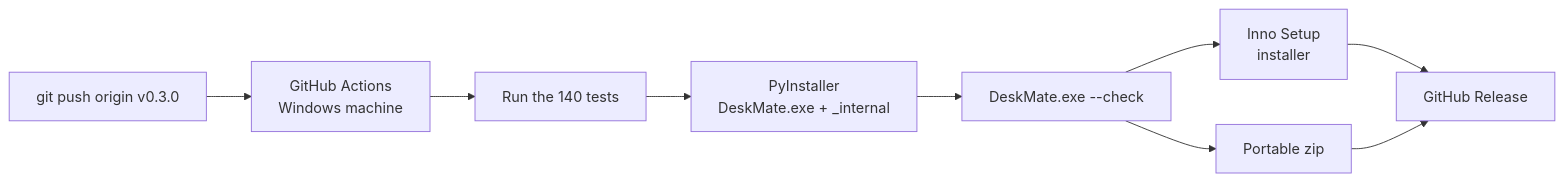
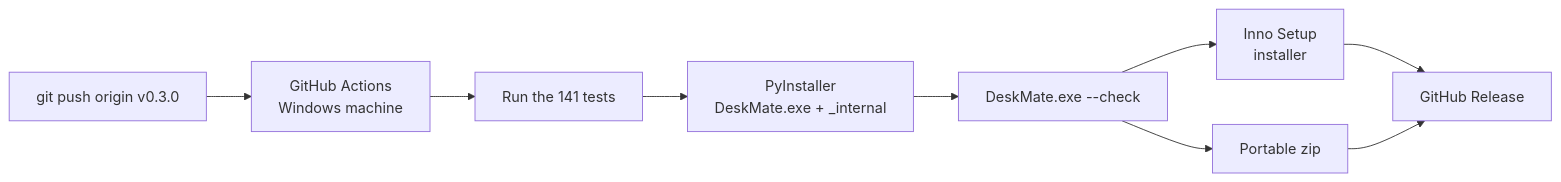
The third of 3 diagrams in TUTORIAL.md (MuizKmz/deskmate), drawn with Mermaid before and after one commit. The commit also changed other lines of this file and 9 other files, not shown here.

````diff
--- a/TUTORIAL.md
+++ b/TUTORIAL.md
@@ -516,11 +529,11 @@
 ```mermaid
 flowchart LR
     T["git push origin v0.3.0"] --> GA[GitHub Actions<br/>Windows machine]
-    GA --> TS[Run the 140 tests]
+    GA --> TS[Run the 141 tests]
     TS --> PI["PyInstaller<br/>DeskMate.exe + _internal"]
     PI --> CK["DeskMate.exe --check"]
     CK --> IS[Inno Setup<br/>installer]
     CK --> ZIP[Portable zip]
     IS --> R[GitHub Release]
     ZIP --> R
 ```
````
